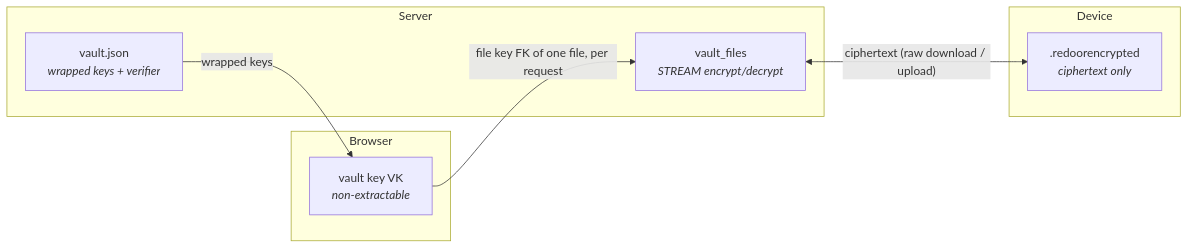
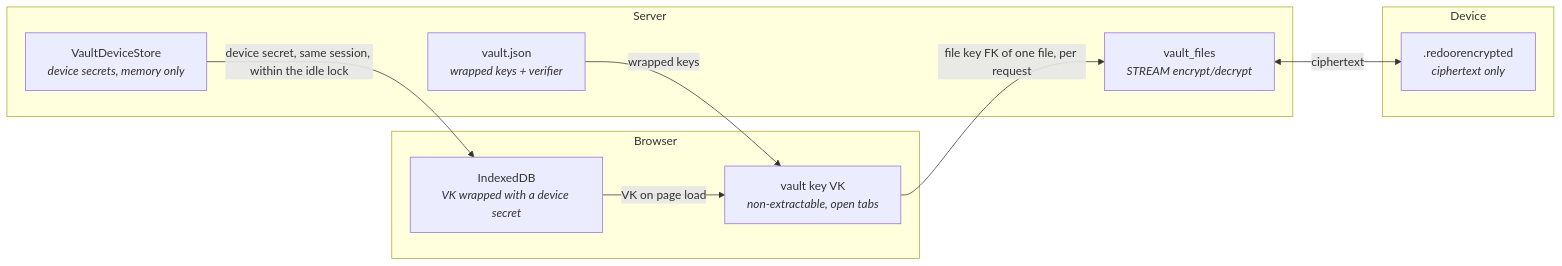
One commit to esamattis/redoor changed diagram 12 of 12 in ARCHITECTURE.md. Above: the diagram before and after it, drawn with Mermaid. The commit also changed other lines of this file and 32 other files, not shown here.

````diff
--- a/ARCHITECTURE.md
+++ b/ARCHITECTURE.md
@@ -2833,16 +2837,20 @@
 ```mermaid
 flowchart LR
     subgraph Browser
-        VK["vault key VK<br/><i>non-extractable</i>"]
+        VK["vault key VK<br/><i>non-extractable, open tabs</i>"]
+        kept["IndexedDB<br/><i>VK wrapped with a device secret</i>"]
     end
     subgraph Server
         store["vault.json<br/><i>wrapped keys + verifier</i>"]
+        devices["VaultDeviceStore<br/><i>device secrets, memory only</i>"]
         crypt["vault_files<br/><i>STREAM encrypt/decrypt</i>"]
     end
     subgraph Device
         file[".redoorencrypted<br/><i>ciphertext only</i>"]
     end
+    store -- "wrapped keys" --> VK
+    devices -- "device secret, same session, within the idle lock" --> kept
+    kept -- "VK on page load" --> VK
     VK -- "file key FK of one file, per request" --> crypt
-    store -- "wrapped keys" --> VK
-    crypt <-- "ciphertext (raw download / upload)" --> file
+    crypt <-- "ciphertext" --> file
 ```
````
